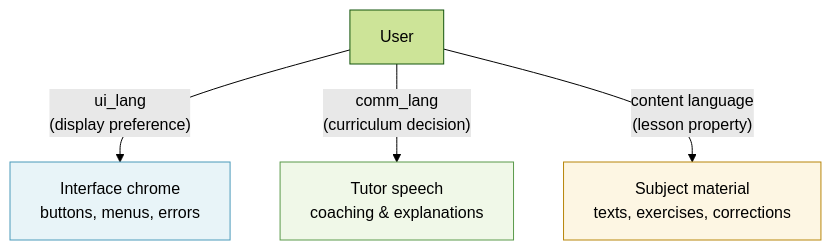
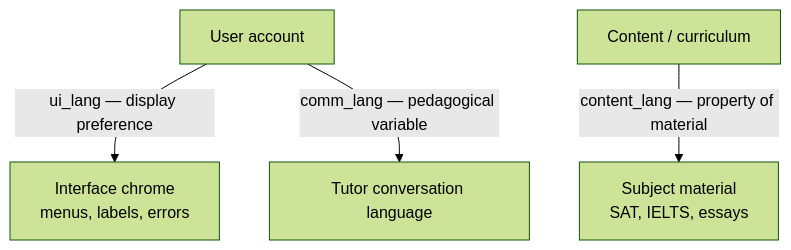
One commit to stemolly/wiki changed the third of 3 diagrams in src/content/docs/vi/pedagogy/conversation.md. Above: the diagram before and after it, drawn with Mermaid (forest theme). The commit also changed other lines of this file and 57 other files, not shown here.

````diff
--- a/src/content/docs/vi/pedagogy/conversation.md
+++ b/src/content/docs/vi/pedagogy/conversation.md
@@ -117,11 +91,8 @@
 ```mermaid
 flowchart TD
-    U["User"]
-    U -->|"ui_lang<br/>(display preference)"| Chrome["Interface chrome<br/>buttons, menus, errors"]
-    U -->|"comm_lang<br/>(curriculum decision)"| Tutor["Tutor speech<br/>coaching & explanations"]
-    U -->|"content language<br/>(lesson property)"| Content["Subject material<br/>texts, exercises, corrections"]
-
-    style Chrome fill:#e8f4f8,stroke:#4a9aba
-    style Tutor fill:#f0f8e8,stroke:#5a9a4a
-    style Content fill:#fdf6e3,stroke:#b8860b
+  User["User account"]
+  User -->|"ui_lang — display preference"| Chrome["Interface chrome<br/>menus, labels, errors"]
+  User -->|"comm_lang — pedagogical variable"| Tutor["Tutor conversation language"]
+  Curriculum["Content / curriculum"]
+  Curriculum -->|"content_lang — property of material"| Material["Subject material<br/>SAT, IELTS, essays"]
 ```
````
